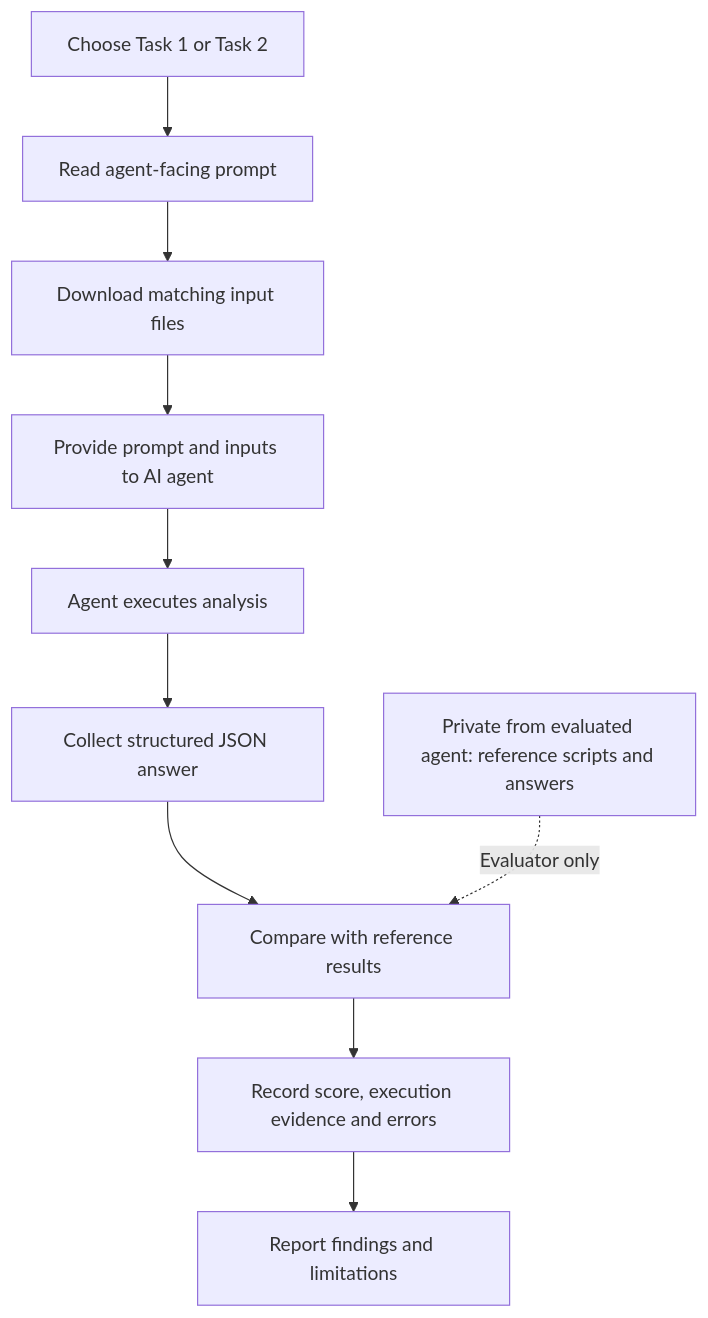
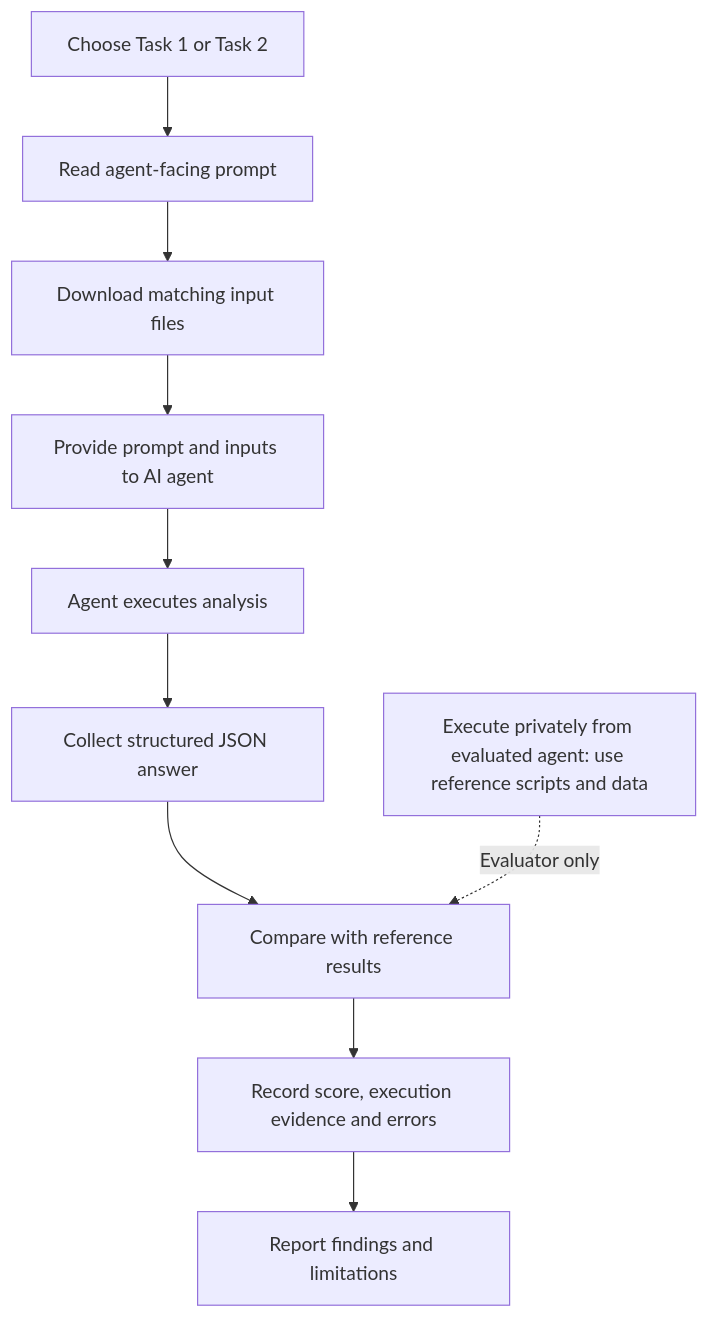
The diagram in README.md (AscanOfficiel2/MetaBench-AI), drawn with Mermaid before and after one commit.

Commit message:
Clarify execution of reference scripts in workflow
Updated the description of the evaluation workflow to clarify the execution of reference scripts and data.

````diff
--- a/README.md
+++ b/README.md
@@ -21,12 +21,12 @@
 ```mermaid
 flowchart TD
     A[Choose Task 1 or Task 2] --> B[Read agent-facing prompt]
     B --> C[Download matching input files]
     C --> D[Provide prompt and inputs to AI agent]
     D --> E[Agent executes analysis]
     E --> F[Collect structured JSON answer]
     F --> G[Compare with reference results]
     G --> H[Record score, execution evidence and errors]
     H --> I[Report findings and limitations]
-    J[Private from evaluated agent: reference scripts and answers] -. Evaluator only .-> G
+    J[Execute privately from evaluated agent: use reference scripts and data] -. Evaluator only .-> G
 ```
````
